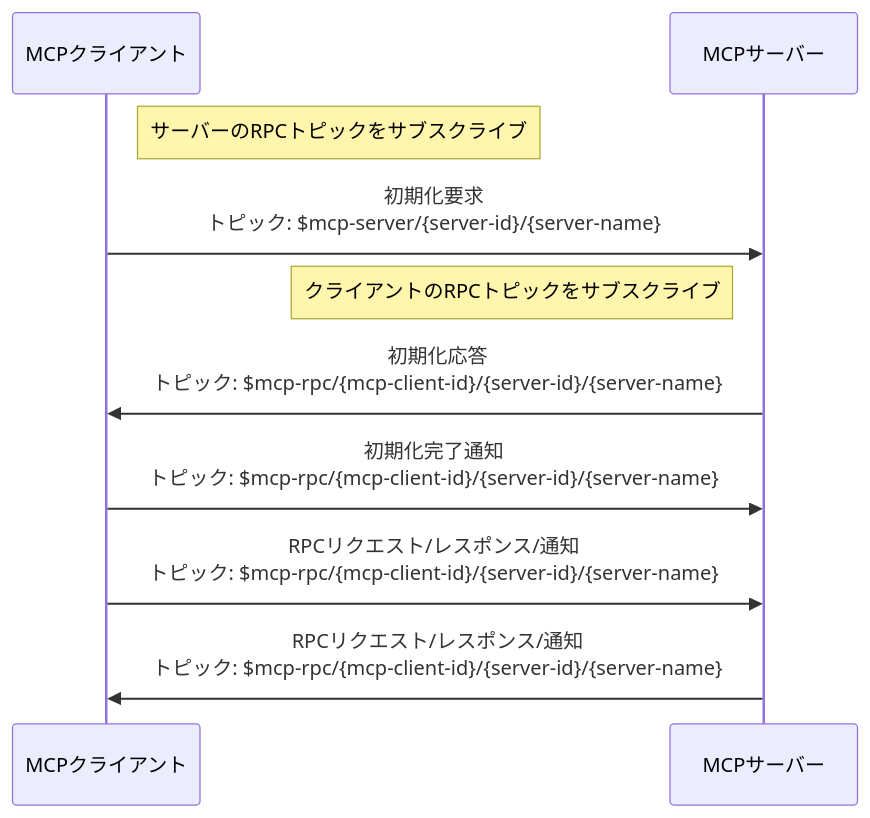
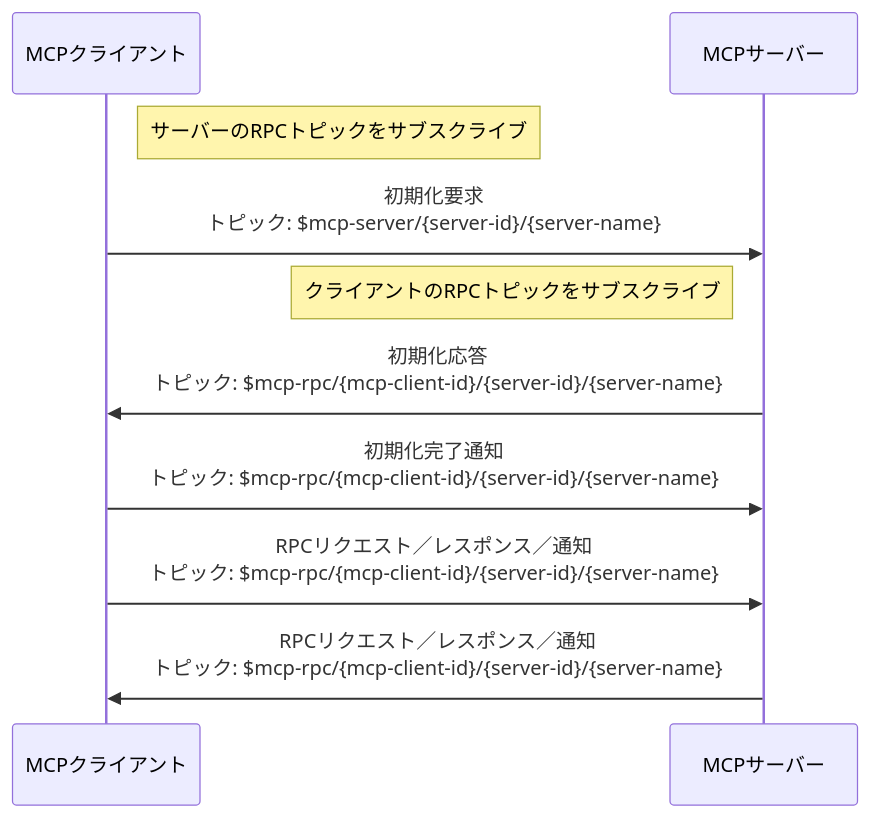
The second of 4 diagrams in ja_JP/develop/emqx-ai/mcp-over-mqtt/specification.md (emqx/emqx-docs), drawn with Mermaid before and after one commit. The commit also changed other lines of this file and 401 other files, not shown here.

````diff
--- a/ja_JP/develop/emqx-ai/mcp-over-mqtt/specification.md
+++ b/ja_JP/develop/emqx-ai/mcp-over-mqtt/specification.md
@@ -239,13 +237,13 @@
 ```mermaid
 sequenceDiagram
   participant MCP_Client as MCPクライアント
   participant MCP_Server as MCPサーバー
 
   Note right of MCP_Client: サーバーのRPCトピックをサブスクライブ
   MCP_Client ->> MCP_Server: 初期化要求<br/>トピック: $mcp-server/{server-id}/{server-name}
   Note left of MCP_Server: クライアントのRPCトピックをサブスクライブ
   MCP_Server ->> MCP_Client: 初期化応答<br/>トピック: $mcp-rpc/{mcp-client-id}/{server-id}/{server-name}
   MCP_Client ->> MCP_Server: 初期化完了通知<br/>トピック: $mcp-rpc/{mcp-client-id}/{server-id}/{server-name}
-  MCP_Client ->> MCP_Server: RPCリクエスト/レスポンス/通知<br/>トピック: $mcp-rpc/{mcp-client-id}/{server-id}/{server-name}
-  MCP_Server ->> MCP_Client: RPCリクエスト/レスポンス/通知<br/>トピック: $mcp-rpc/{mcp-client-id}/{server-id}/{server-name}
+  MCP_Client ->> MCP_Server: RPCリクエスト／レスポンス／通知<br/>トピック: $mcp-rpc/{mcp-client-id}/{server-id}/{server-name}
+  MCP_Server ->> MCP_Client: RPCリクエスト／レスポンス／通知<br/>トピック: $mcp-rpc/{mcp-client-id}/{server-id}/{server-name}
 ```
````
